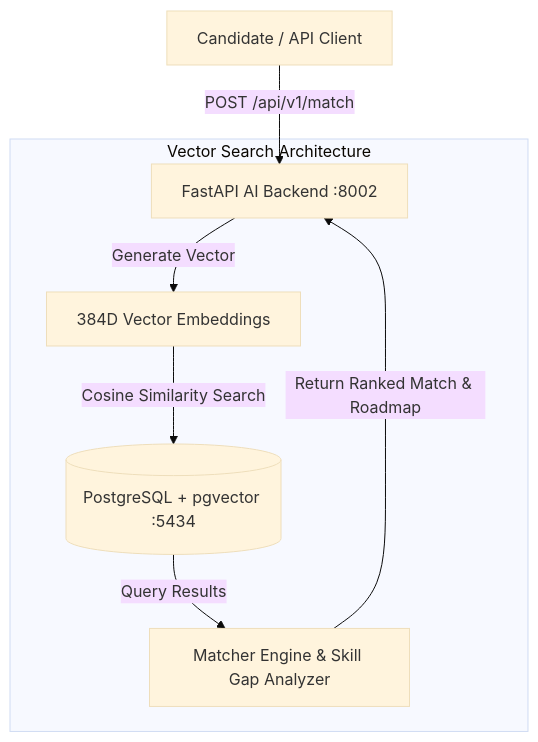
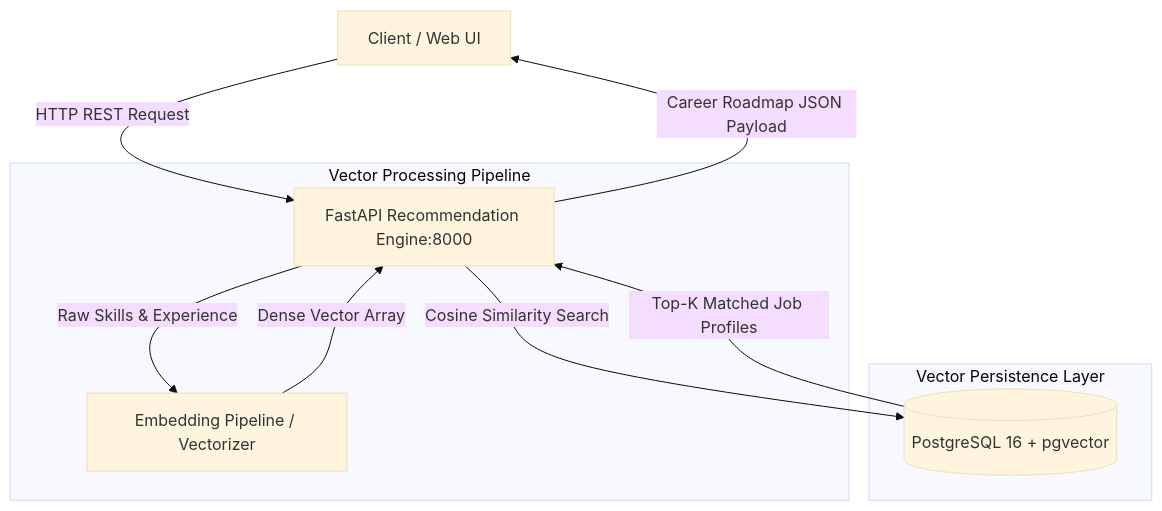
The diagram in 03-ai-career-path-system/README.md (SudeeraHemantha/Portfolio_Projects), drawn with Mermaid (base theme) before and after one commit. The commit also changed other lines of this file, not shown here.

````diff
--- a/03-ai-career-path-system/README.md
+++ b/03-ai-career-path-system/README.md
@@ -12,11 +16,17 @@
 ```mermaid
 graph TD
-    Client[Candidate / API Client] -->|POST /api/v1/match| API[FastAPI AI Backend :8002]
+    User["Client / Web UI"] -->|HTTP REST Request| API["FastAPI Recommendation Engine:8000"]
     
-    subgraph Vector Search Architecture
-        API -->|Generate Vector| EmbeddingEngine[384D Vector Embeddings]
-        EmbeddingEngine -->|Cosine Similarity Search| DB[(PostgreSQL + pgvector :5434)]
-        DB -->|Query Results| Matcher[Matcher Engine & Skill Gap Analyzer]
-        Matcher -->|Return Ranked Match & Roadmap| API
+    subgraph VectorPipeline["Vector Processing Pipeline"]
+        API -->|Raw Skills & Experience| Embed["Embedding Pipeline / Vectorizer"]
+        Embed -->|Dense Vector Array| API
     end
+
+    subgraph Persistence["Vector Persistence Layer"]
+        API -->|Cosine Similarity Search| DB[("PostgreSQL 16 + pgvector")]
+        DB -->|Top-K Matched Job Profiles| API
+    end
+
+    API -->|Career Roadmap JSON Payload| User
+
 ```
````
